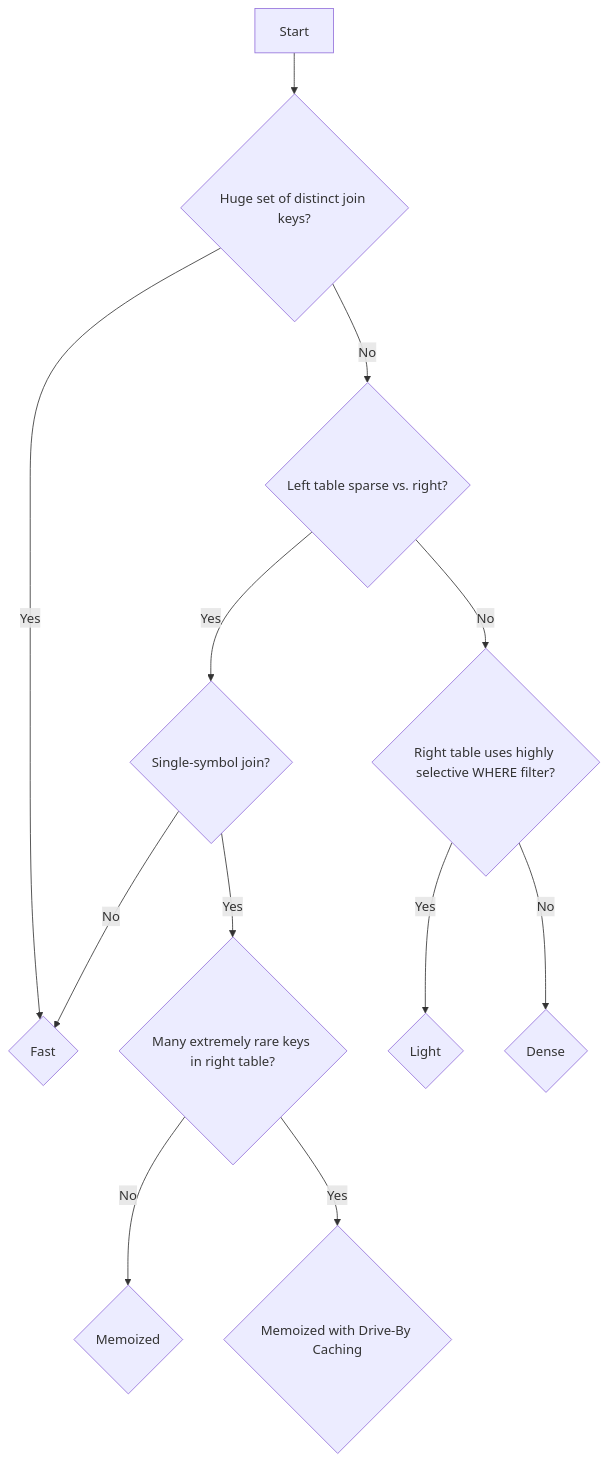
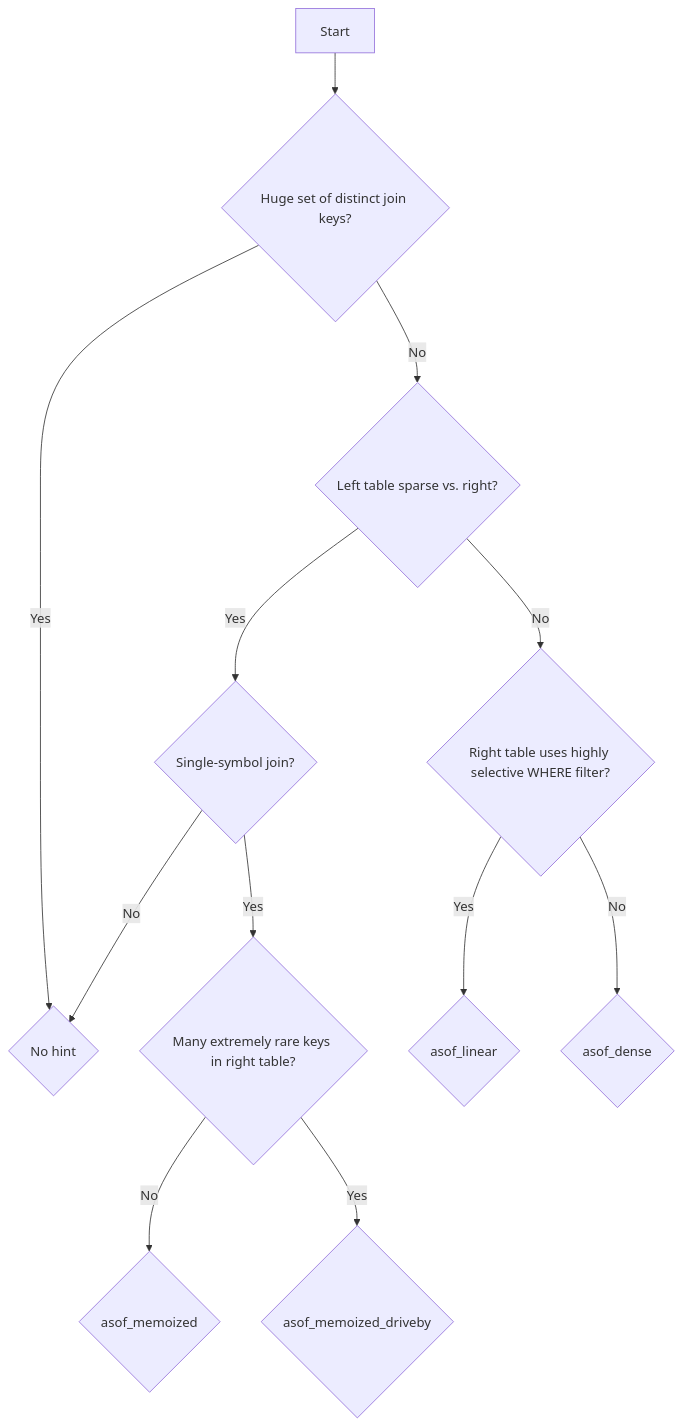
The diagram in documentation/concept/sql-optimizer-hints.md (questdb/documentation), drawn with Mermaid before and after one commit. The commit also changed other lines of this file, not shown here.

Commit message:
Hints directly in decision tree leaves

````diff
--- a/documentation/concept/sql-optimizer-hints.md
+++ b/documentation/concept/sql-optimizer-hints.md
@@ -76,14 +78,14 @@
 ```mermaid
 graph TD
     A[Start] --> Q1{Huge set of distinct join keys?}
-    Q1 --> |Yes| FAST{Fast}
+    Q1 --> |Yes| FAST{No hint}
     Q1 --> |No| Q2{Left table sparse vs. right?}
     Q2 --> |Yes| Q3{Single-symbol join?}
     Q2 --> |No| Q4{Right table uses highly selective WHERE filter?}
     Q3 --> |Yes| Q5{Many extremely rare keys in right table?}
     Q3 --> |No| FAST
-    Q4 --> |Yes| LIGHT{Light}
-    Q4 --> |No| DENSE{Dense}
-    Q5 --> |No| MEMOIZED{Memoized}
-    Q5 --> |Yes| MEMOIZED_DRIVEBY{Memoized with Drive-By Caching}
+    Q4 --> |Yes| LIGHT{asof_linear}
+    Q4 --> |No| DENSE{asof_dense}
+    Q5 --> |No| MEMOIZED{asof_memoized}
+    Q5 --> |Yes| MEMOIZED_DRIVEBY{asof_memoized_driveby}
 ```
````
